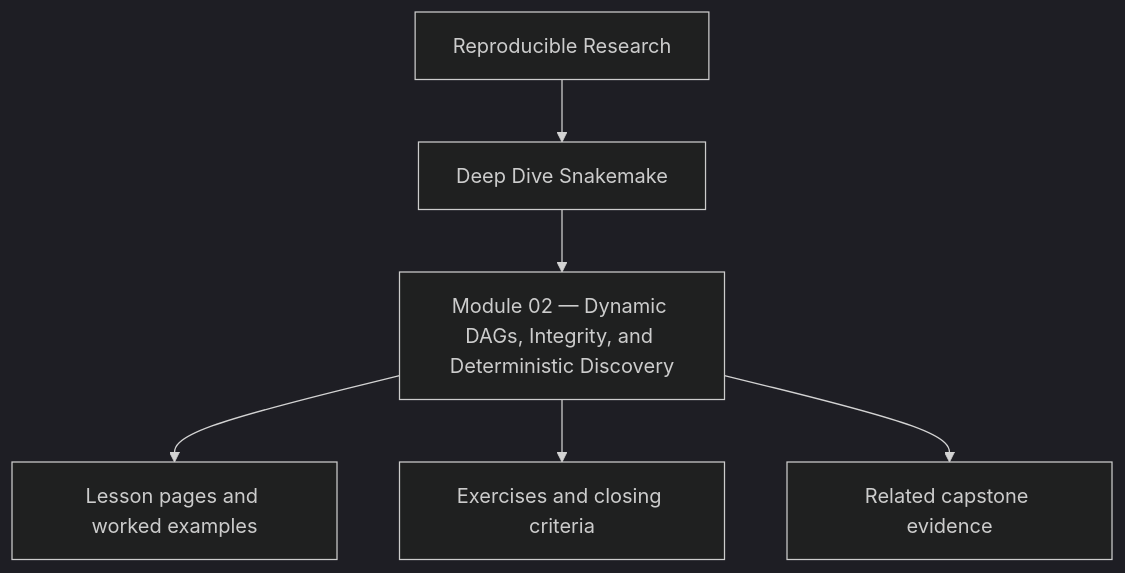
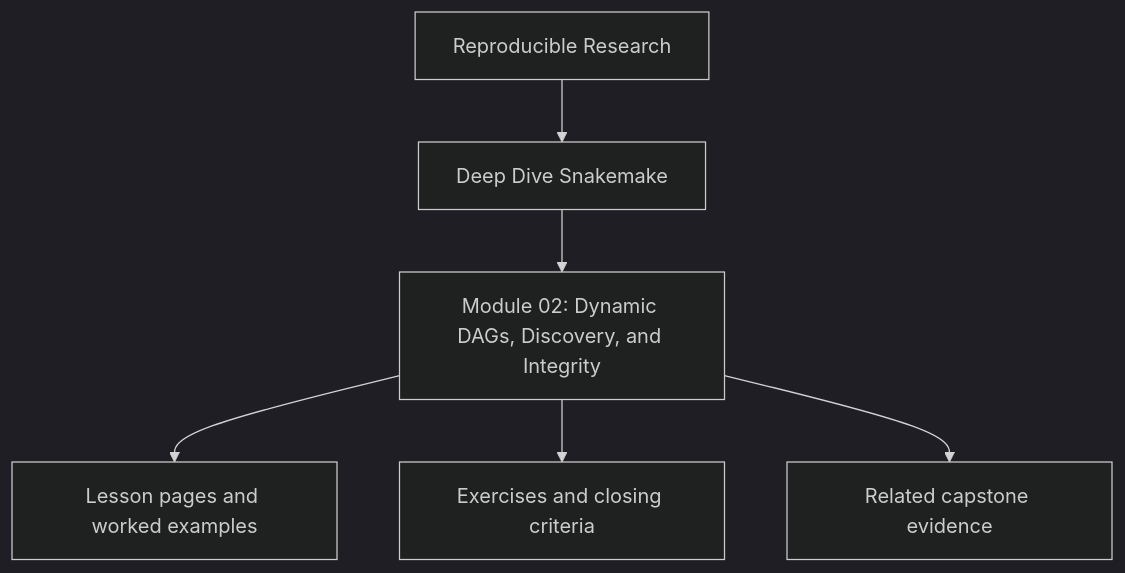
Before and after one commit to bijux/bijux-masterclass: the first of 4 diagrams in programs/reproducible-research/deep-dive-snakemake/course-book/module-02-dynamic-dags-integrity-and-deterministic-discovery/index.md, drawn with Mermaid (dark theme). The commit also changed other lines of this file and 241 other files, not shown here.

````diff
--- a/programs/reproducible-research/deep-dive-snakemake/course-book/module-02-dynamic-dags-integrity-and-deterministic-discovery/index.md
+++ b/programs/reproducible-research/deep-dive-snakemake/course-book/module-02-dynamic-dags-integrity-and-deterministic-discovery/index.md
@@ -9,8 +9,8 @@
 ```mermaid
 flowchart TD
   family["Reproducible Research"] --> program["Deep Dive Snakemake"]
-  program --> module["Module 02 — Dynamic DAGs, Integrity, and Deterministic Discovery"]
+  program --> module["Module 02: Dynamic DAGs, Discovery, and Integrity"]
   module --> lessons["Lesson pages and worked examples"]
   module --> checkpoints["Exercises and closing criteria"]
   module --> capstone["Related capstone evidence"]
 ```
````
